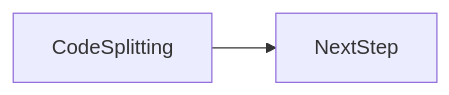
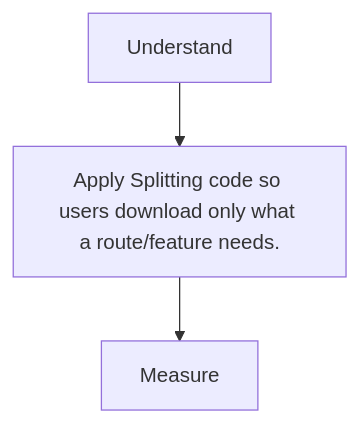
The second of 2 diagrams in docs/en/13-performance/code-splitting/index.md (OmidJavaherii/Frontend-Engineering-Handbook), drawn with Mermaid before and after one commit. The commit also changed other lines of this file and 461 other files, not shown here.

````diff
--- a/docs/en/13-performance/code-splitting/index.md
+++ b/docs/en/13-performance/code-splitting/index.md
@@ -95,4 +106,5 @@
 ```mermaid
-flowchart LR
-  concept[CodeSplitting] --> nextStep[NextStep]
+flowchart TD
+  A[Understand] --> B[Apply Splitting code so users download only what a route/feature needs.]
+  B --> C[Measure]
 ```
````
